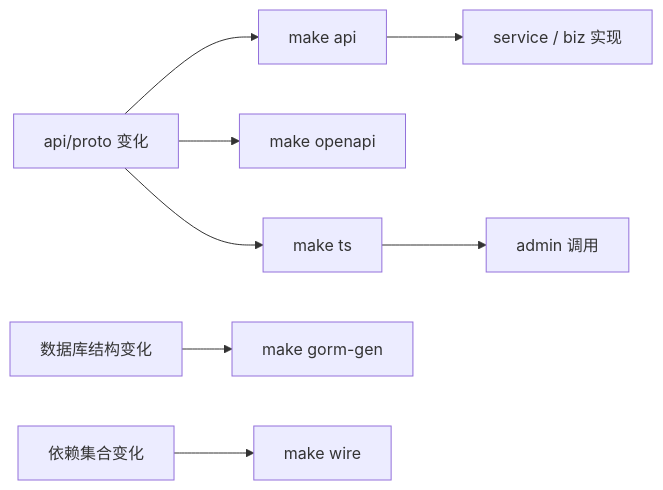
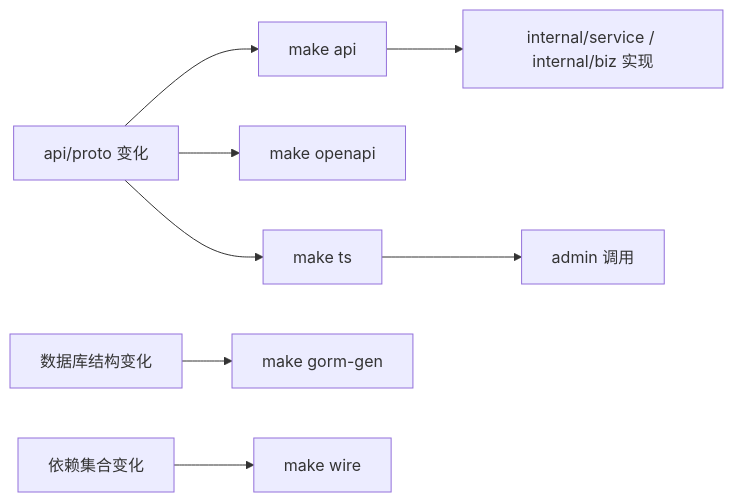
One commit to liujitcn/kratos-admin changed the second of 2 diagrams in docs/后端服务设计.md. Above: the diagram before and after it, drawn with Mermaid. The commit also changed other lines of this file and 472 other files, not shown here.

````diff
--- a/docs/后端服务设计.md
+++ b/docs/后端服务设计.md
@@ -42,10 +46,10 @@
 ```mermaid
 flowchart LR
   Proto["api/proto 变化"] --> API["make api"]
   Proto --> OpenAPI["make openapi"]
   Proto --> TS["make ts"]
   Schema["数据库结构变化"] --> Gorm["make gorm-gen"]
   Wiring["依赖集合变化"] --> Wire["make wire"]
-  API --> Service["service / biz 实现"]
+  API --> Service["internal/service / internal/biz 实现"]
   TS --> Frontend["admin 调用"]
 ```
````
